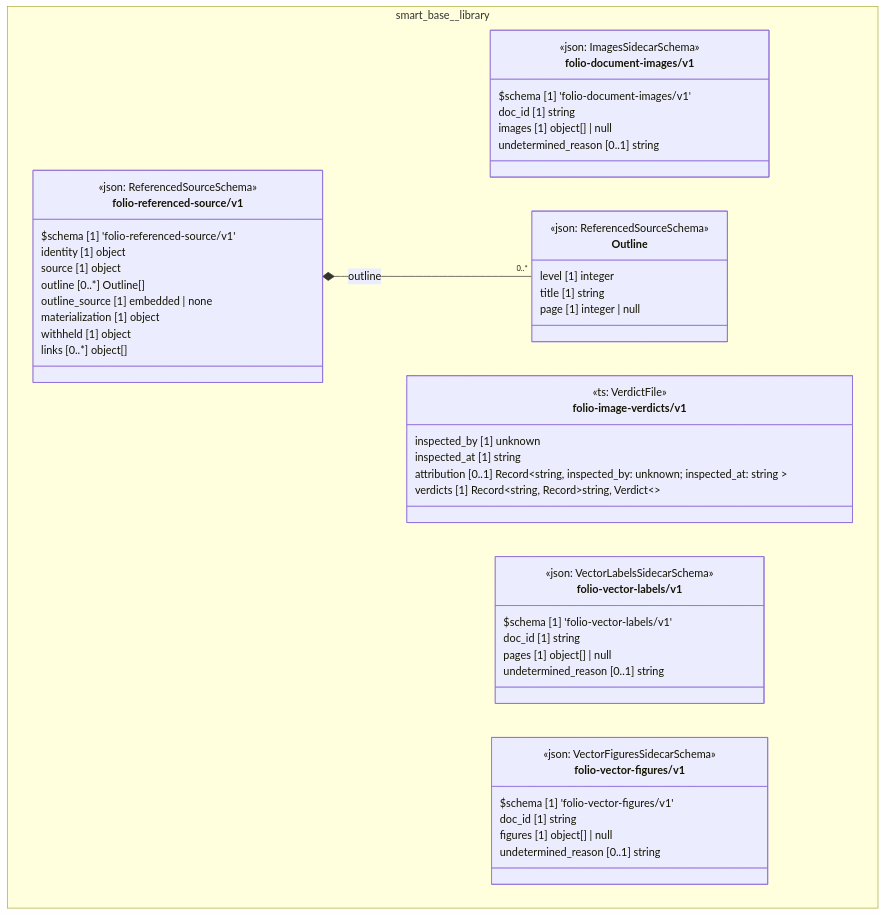
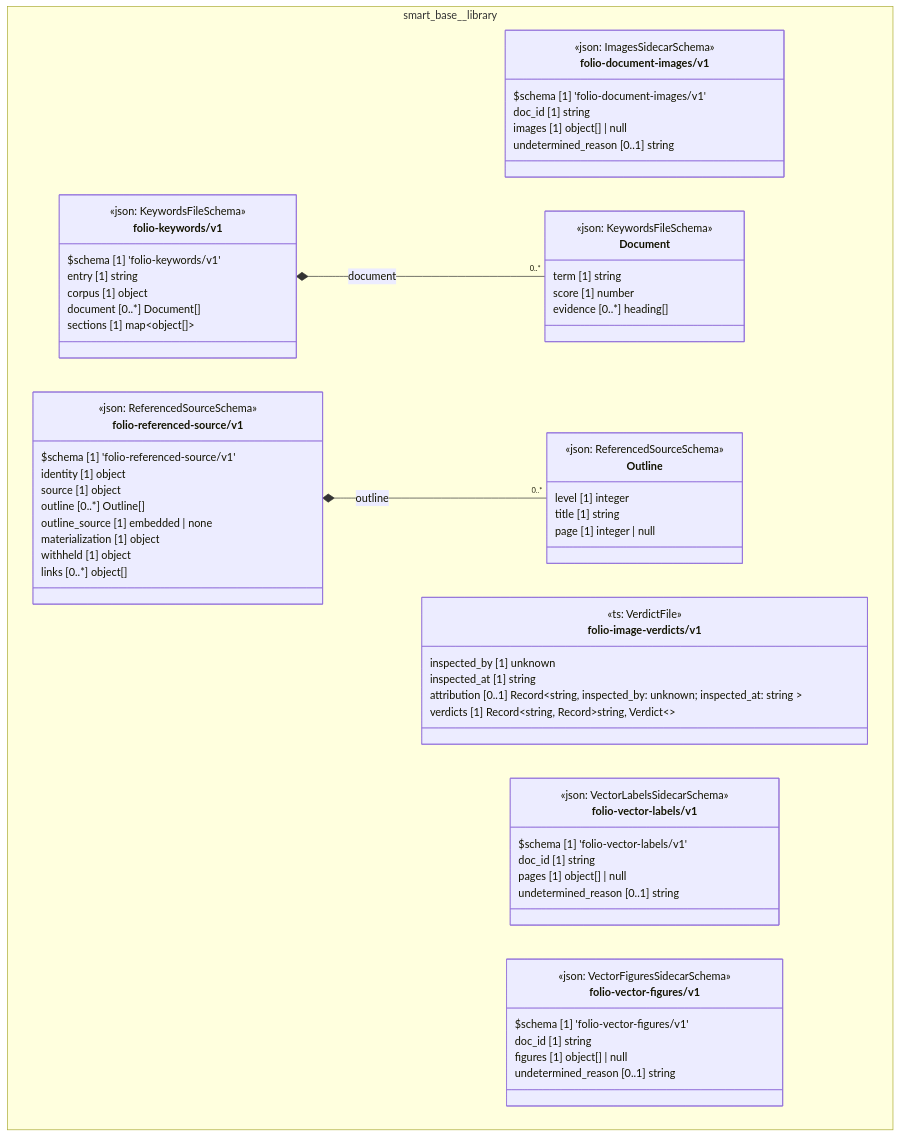
The diagram in cat-harness/docs/uml/overview/smart-base/library.md (litlfred/folio-assistant), drawn with Mermaid before and after one commit. The commit also changed other lines of this file and 137 other files, not shown here.

````diff
--- a/cat-harness/docs/uml/overview/smart-base/library.md
+++ b/cat-harness/docs/uml/overview/smart-base/library.md
@@ -42,58 +42,75 @@
 ```mermaid
 classDiagram
   direction TB
   namespace smart_base__library {
     class smart_base_library_folio_document_images_v1_folio_document_images_v1["folio-document-images/v1"] {
       <<json: ImagesSidecarSchema>>
       $schema [1] 'folio-document-images/v1'
       doc_id [1] string
       images [1] object[] | null
       undetermined_reason [0..1] string
     }
     class smart_base_library_folio_image_verdicts_v1["folio-image-verdicts/v1"] {
       <<ts: VerdictFile>>
       inspected_by [1] unknown
       inspected_at [1] string
       attribution [0..1] Record~string,  inspected_by: unknown; inspected_at: string ~
       verdicts [1] Record~string, Record~string, Verdict~~
     }
     class smart_base_library_folio_vector_labels_v1_folio_vector_labels_v1["folio-vector-labels/v1"] {
       <<json: VectorLabelsSidecarSchema>>
       $schema [1] 'folio-vector-labels/v1'
       doc_id [1] string
       pages [1] object[] | null
       undetermined_reason [0..1] string
     }
     class smart_base_library_folio_vector_figures_v1_folio_vector_figures_v1["folio-vector-figures/v1"] {
       <<json: VectorFiguresSidecarSchema>>
       $schema [1] 'folio-vector-figures/v1'
       doc_id [1] string
       figures [1] object[] | null
       undetermined_reason [0..1] string
     }
+    class smart_base_library_folio_keywords_v1_Document["Document"] {
+      <<json: KeywordsFileSchema>>
+      term [1] string
+      score [1] number
+      evidence [0..*] heading[]
+    }
+    class smart_base_library_folio_keywords_v1_folio_keywords_v1["folio-keywords/v1"] {
+      <<json: KeywordsFileSchema>>
+      $schema [1] 'folio-keywords/v1'
+      entry [1] string
+      corpus [1] object
+      document [0..*] Document[]
+      sections [1] map~object[]~
+    }
     class smart_base_library_folio_referenced_source_v1_Outline["Outline"] {
       <<json: ReferencedSourceSchema>>
       level [1] integer
       title [1] string
       page [1] integer | null
     }
     class smart_base_library_folio_referenced_source_v1_folio_referenced_source_v1["folio-referenced-source/v1"] {
       <<json: ReferencedSourceSchema>>
       $schema [1] 'folio-referenced-source/v1'
       identity [1] object
       source [1] object
       outline [0..*] Outline[]
       outline_source [1] embedded | none
       materialization [1] object
       withheld [1] object
       links [0..*] object[]
     }
   }
+  smart_base_library_folio_keywords_v1_folio_keywords_v1 *-- "0..*" smart_base_library_folio_keywords_v1_Document : document
   smart_base_library_folio_referenced_source_v1_folio_referenced_source_v1 *-- "0..*" smart_base_library_folio_referenced_source_v1_Outline : outline
   cssClass "smart_base_library_folio_document_images_v1_folio_document_images_v1" fa_uml_kind_library
   cssClass "smart_base_library_folio_image_verdicts_v1" fa_uml_kind_library
   cssClass "smart_base_library_folio_vector_labels_v1_folio_vector_labels_v1" fa_uml_kind_library
   cssClass "smart_base_library_folio_vector_figures_v1_folio_vector_figures_v1" fa_uml_kind_library
+  cssClass "smart_base_library_folio_keywords_v1_Document" fa_uml_kind_library
+  cssClass "smart_base_library_folio_keywords_v1_folio_keywords_v1" fa_uml_kind_library
   cssClass "smart_base_library_folio_referenced_source_v1_Outline" fa_uml_kind_library
   cssClass "smart_base_library_folio_referenced_source_v1_folio_referenced_source_v1" fa_uml_kind_library
 ```
````
